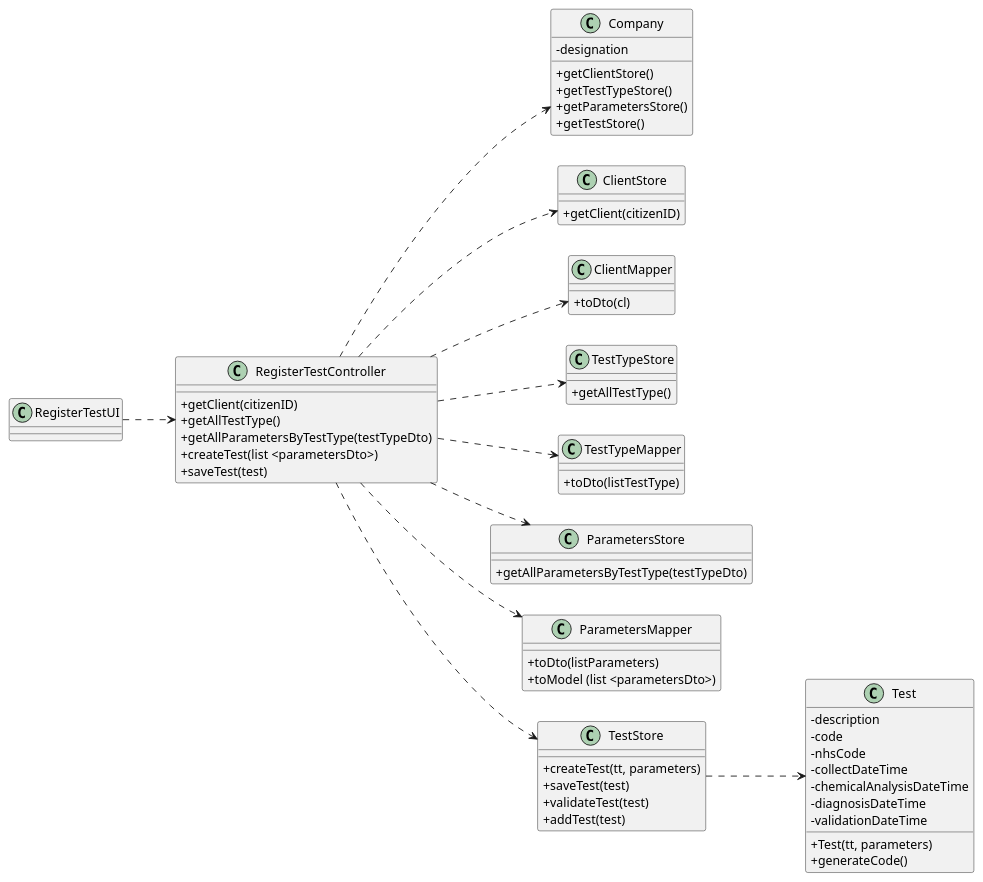
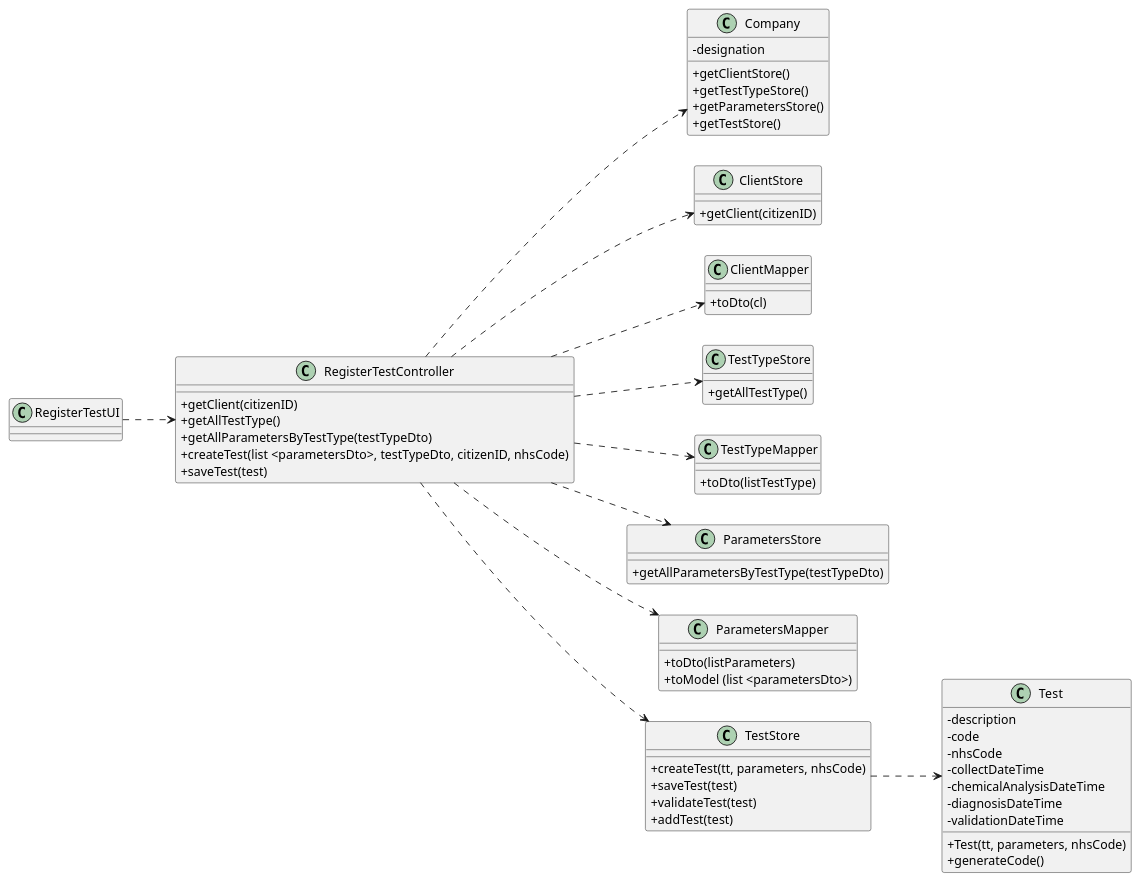
Before and after one commit to 0franciscor/lei-21-s2-1de-g19: the diagram in docs/SprintC/US04/US04-CD.puml, drawn with PlantUML. The commit also changed 3 other files, not shown here.

```diff
--- a/docs/SprintC/US04/US04-CD.puml
+++ b/docs/SprintC/US04/US04-CD.puml
@@ -1,81 +1,81 @@
 @startuml
 'https://plantuml.com/class-diagram
 
 skinparam classAttributeIconSize 0
 left to right direction
 
 class "RegisterTestUI" as RTUI
 
 class "RegisterTestController" as RTC {
 +getClient(citizenID)
 +getAllTestType()
 +getAllParametersByTestType(testTypeDto)
-+createTest(list <parametersDto>)
++createTest(list <parametersDto>, testTypeDto, citizenID, nhsCode)
 +saveTest(test)
 }
 
 class "Company" as C {
 -designation
 +getClientStore()
 +getTestTypeStore()
 +getParametersStore()
 +getTestStore()
 }
 
 class "ClientStore" as CS {
 +getClient(citizenID)
 }
 
 class "ClientMapper" as CM {
 +toDto(cl)
 }
 
 class "TestTypeStore" as TTS {
 +getAllTestType()
 }
 
 class "TestTypeMapper" as TTM {
 +toDto(listTestType)
 }
 
 class "ParametersStore" as PS {
 +getAllParametersByTestType(testTypeDto)
 }
 
 class "ParametersMapper" as PM {
 +toDto(listParameters)
 +toModel (list <parametersDto>)
 }
 
 class "TestStore" as TS {
-+createTest(tt, parameters)
++createTest(tt, parameters, nhsCode)
 +saveTest(test)
 +validateTest(test)
 +addTest(test)
 }
 
 class "Test" as T {
 -description
 -code
 -nhsCode
 -collectDateTime
 -chemicalAnalysisDateTime
 -diagnosisDateTime
 -validationDateTime
-+Test(tt, parameters)
++Test(tt, parameters, nhsCode)
 +generateCode()
 }
 
 RTUI ..> RTC
 RTC ..> CS
 RTC ..> CM
 RTC ..> C
 RTC ..> TTS
 RTC ..> TTM
 RTC ..> PS
 RTC ..> PM
 RTC ..> TS
 TS ..> T
 
 
 @enduml
```
